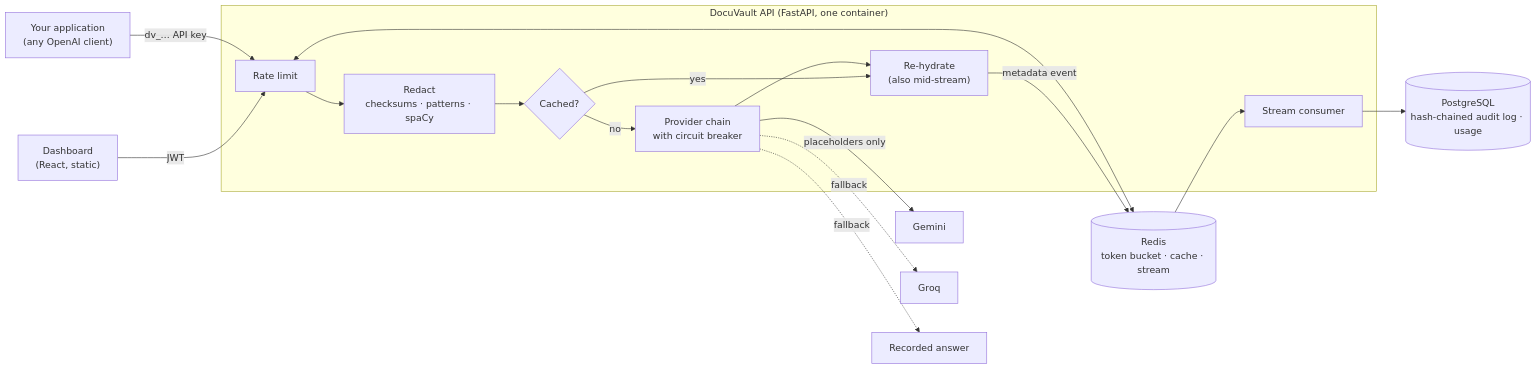
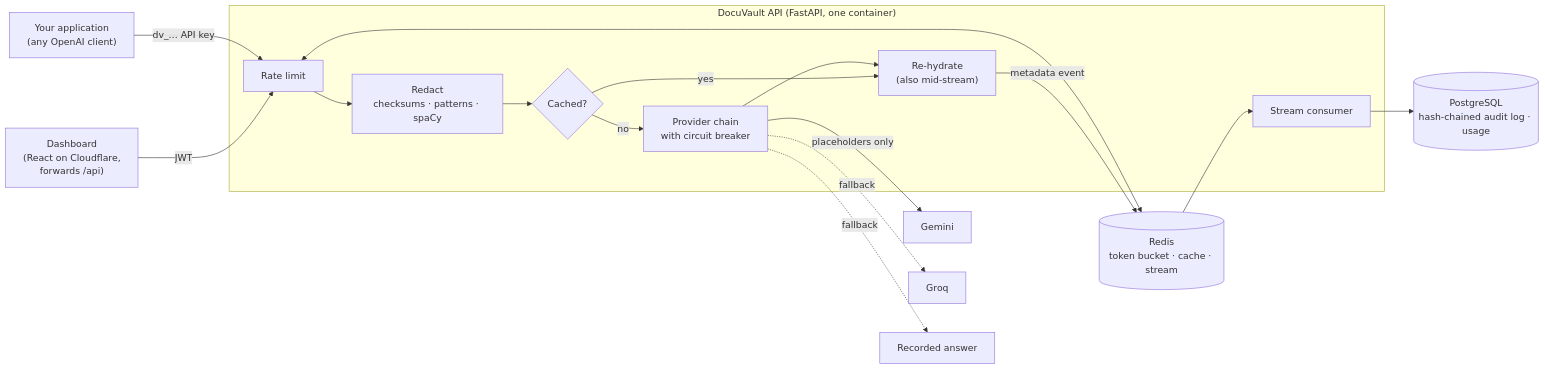
One commit to vantablack2443/DocuVault changed the diagram in README.md. Above: the diagram before and after it, drawn with Mermaid. The commit also changed 14 other files, not shown here.

First line of the commit message:
fix: serve the API under the dashboard's own address

````diff
--- a/README.md
+++ b/README.md
@@ -13,23 +13,23 @@
 ```mermaid
 flowchart LR
     app["Your application<br/>(any OpenAI client)"] -->|"dv_… API key"| gw
-    dash["Dashboard<br/>(React, static)"] -->|JWT| gw
+    dash["Dashboard<br/>(React on Cloudflare,<br/>forwards /api)"] -->|JWT| gw
 
     subgraph docuvault["DocuVault API (FastAPI, one container)"]
         gw["Rate limit"] --> red["Redact<br/>checksums · patterns · spaCy"]
         red --> cache{"Cached?"}
         cache -->|no| chain["Provider chain<br/>with circuit breaker"]
         chain --> rehyd["Re-hydrate<br/>(also mid-stream)"]
         cache -->|yes| rehyd
         consumer["Stream consumer"]
     end
 
     chain -->|"placeholders only"| gemini["Gemini"]
     chain -.->|fallback| groq["Groq"]
     chain -.->|fallback| replay["Recorded answer"]
 
     gw <--> redis[("Redis<br/>token bucket · cache · stream")]
     rehyd -->|"metadata event"| redis
     redis --> consumer
     consumer --> pg[("PostgreSQL<br/>hash-chained audit log · usage")]
 ```
````
